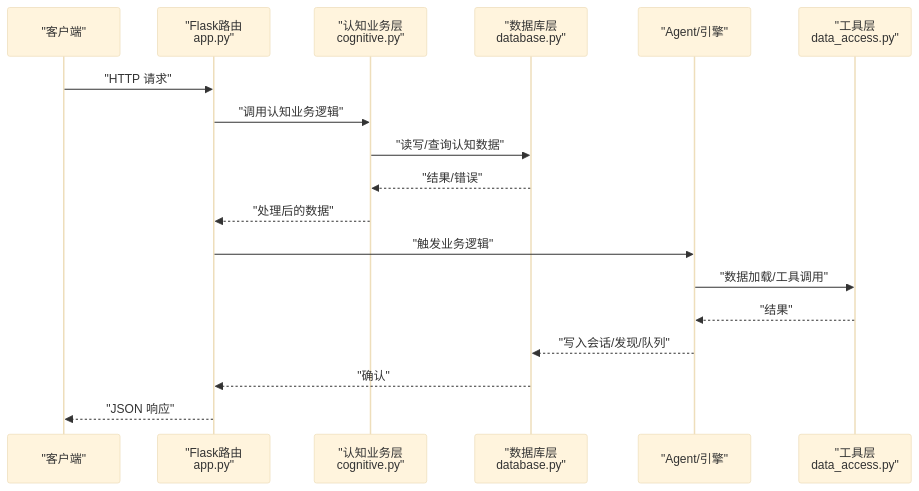
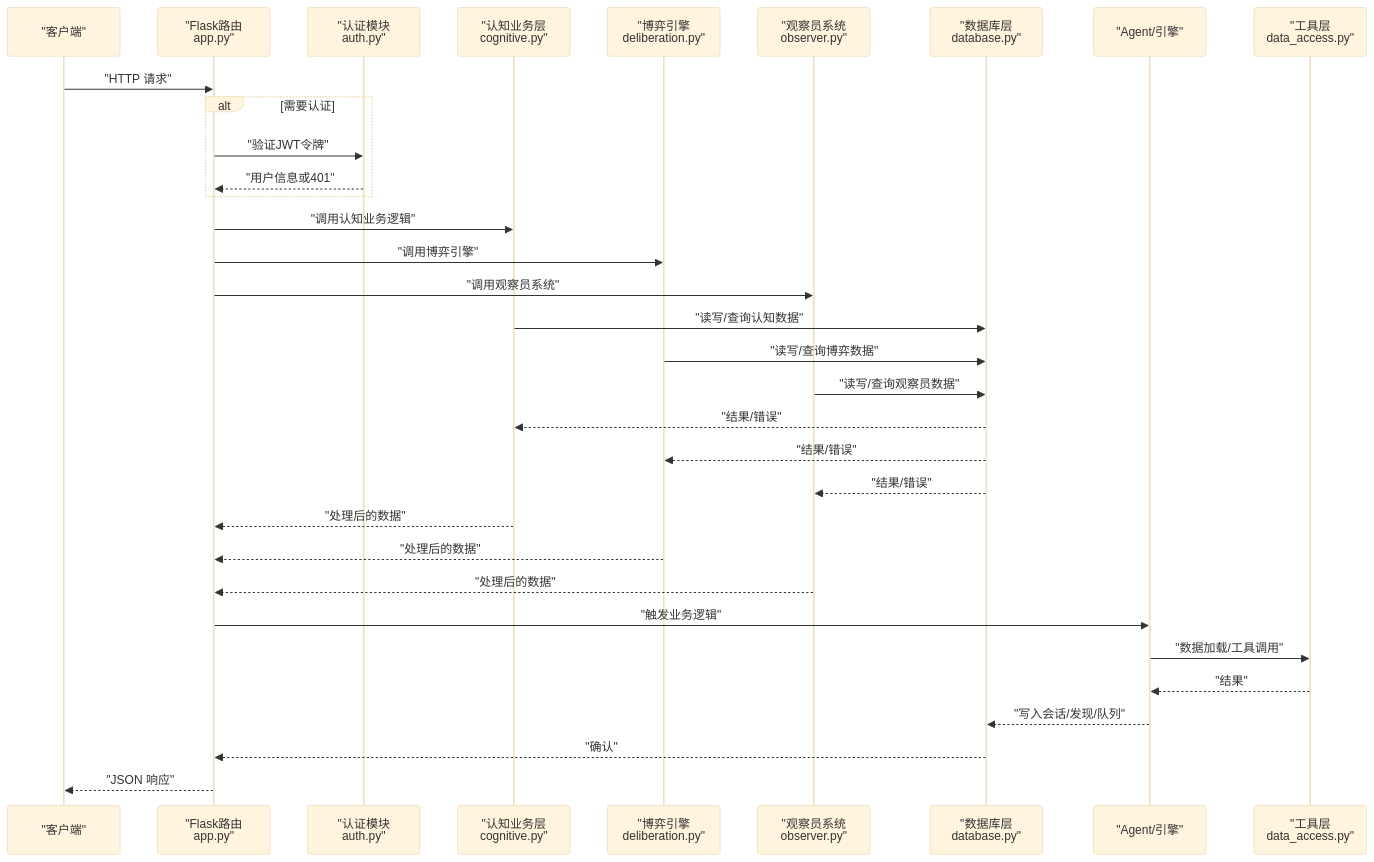
The second of 4 diagrams in .qoder/repowiki/zh/content/API参考文档/API参考文档.md (GDY-ai/ainstein), drawn with Mermaid (base theme) before and after one commit. The commit also changed other lines of this file and 61 other files, not shown here.

````diff
--- a/.qoder/repowiki/zh/content/API参考文档/API参考文档.md
+++ b/.qoder/repowiki/zh/content/API参考文档/API参考文档.md
@@ -112,20 +144,35 @@
 ```mermaid
 sequenceDiagram
 participant Client as "客户端"
 participant Flask as "Flask路由<br/>app.py"
+participant Auth as "认证模块<br/>auth.py"
 participant Cog as "认知业务层<br/>cognitive.py"
+participant Delib as "博弈引擎<br/>deliberation.py"
+participant Obs as "观察员系统<br/>observer.py"
 participant DB as "数据库层<br/>database.py"
 participant Agent as "Agent/引擎"
 participant Tools as "工具层<br/>data_access.py"
 Client->>Flask : "HTTP 请求"
+alt 需要认证
+Flask->>Auth : "验证JWT令牌"
+Auth-->>Flask : "用户信息或401"
+end
 Flask->>Cog : "调用认知业务逻辑"
+Flask->>Delib : "调用博弈引擎"
+Flask->>Obs : "调用观察员系统"
 Cog->>DB : "读写/查询认知数据"
+Delib->>DB : "读写/查询博弈数据"
+Obs->>DB : "读写/查询观察员数据"
 DB-->>Cog : "结果/错误"
+DB-->>Delib : "结果/错误"
+DB-->>Obs : "结果/错误"
 Cog-->>Flask : "处理后的数据"
+Delib-->>Flask : "处理后的数据"
+Obs-->>Flask : "处理后的数据"
 Flask->>Agent : "触发业务逻辑"
 Agent->>Tools : "数据加载/工具调用"
 Tools-->>Agent : "结果"
 Agent-->>DB : "写入会话/发现/队列"
 DB-->>Flask : "确认"
 Flask-->>Client : "JSON 响应"
 ```
````
